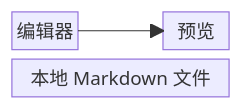
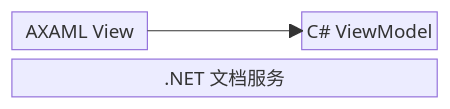
One commit to dotnet9/Vex changed diagram 13 of 24 in docs/演示文档/Mermaid 图表图鉴.md. Above: the diagram before and after it, drawn with Mermaid. The commit also changed other lines of this file and 23 other files, not shown here.

Commit message:
完善(演示文档)：围绕 .NET 与 Avalonia 重编示例并补齐 24 类图表

````diff
--- a/docs/演示文档/Mermaid 图表图鉴.md
+++ b/docs/演示文档/Mermaid 图表图鉴.md
@@ -185,7 +190,7 @@
 ```mermaid
 block-beta
   columns 3
-  a["编辑器"] space b["预览"]
+  a["AXAML View"] space b["C# ViewModel"]
   a --> b
-  c["本地 Markdown 文件"]:3
+  c[".NET 文档服务"]:3
 ```
````
